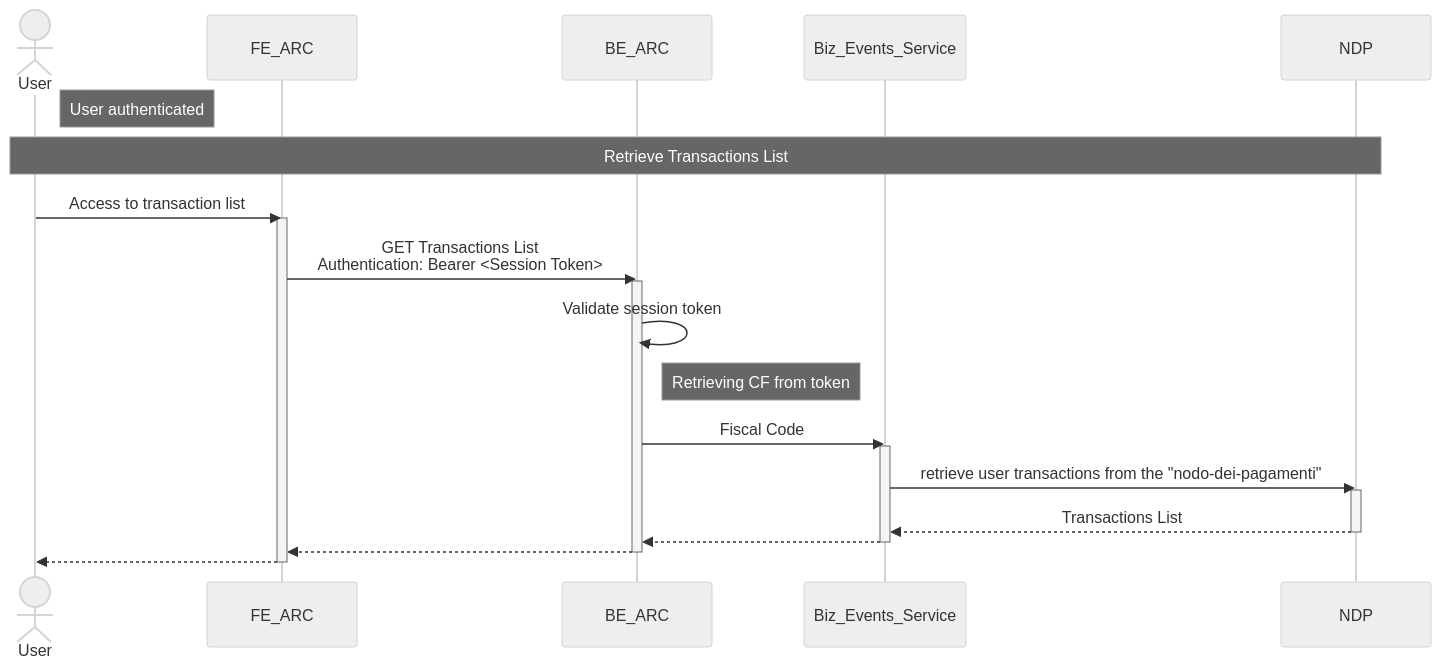
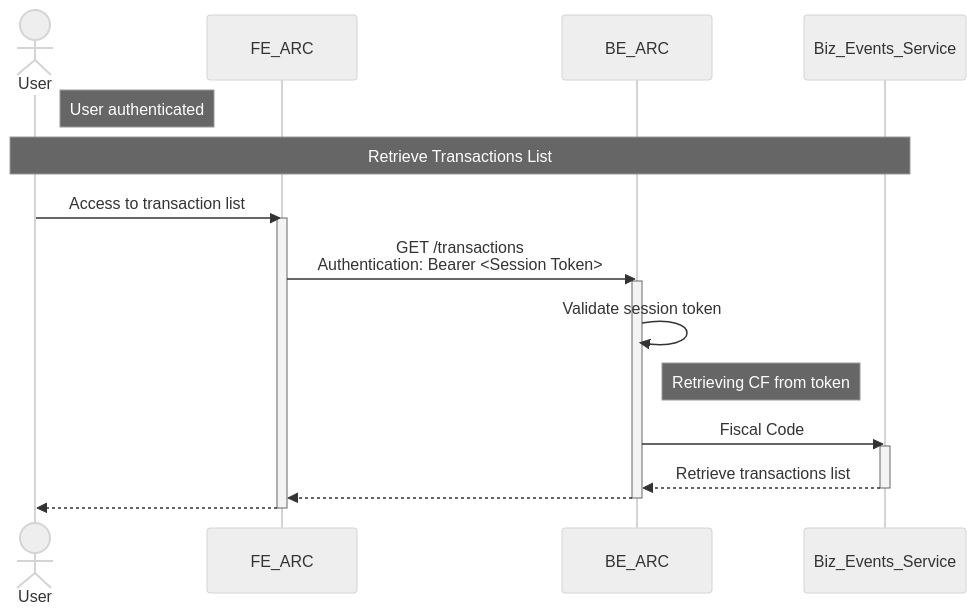
Before and after one commit to pagopa/p4pa-doc: the diagram in design/arc/sequence_diagram_transactionsList.mmd, drawn with Mermaid (neutral theme). The commit also changed 2 other files, not shown here.

Commit message:
P4PU-64 updated sequence diagrams

```diff
--- a/design/arc/sequence_diagram_transactionsList.mmd
+++ b/design/arc/sequence_diagram_transactionsList.mmd
@@ -1,27 +1,22 @@
 sequenceDiagram
 actor User
 participant FE_ARC
 participant BE_ARC
 participant Biz_Events_Service
-participant NDP
 
 note right of User: User authenticated
-note over User, NDP : Retrieve Transactions List
+note over User, Biz_Events_Service : Retrieve Transactions List
     User ->> FE_ARC : Access to transaction list
     activate FE_ARC
-        FE_ARC ->> BE_ARC : GET Transactions List <br> Authentication: Bearer <Session Token>
+        FE_ARC ->> BE_ARC : GET /transactions <br> Authentication: Bearer <Session Token>
         activate BE_ARC
             BE_ARC ->> BE_ARC : Validate session token
             note right of BE_ARC : Retrieving CF from token
             BE_ARC ->> Biz_Events_Service : Fiscal Code
             activate Biz_Events_Service
-                Biz_Events_Service ->> NDP: retrieve user transactions from the "nodo-dei-pagamenti"
-                activate NDP
-                    NDP -->> Biz_Events_Service : Transactions List
-                deactivate NDP
-                Biz_Events_Service -->> BE_ARC : #
+                Biz_Events_Service -->> BE_ARC : Retrieve transactions list
             deactivate Biz_Events_Service
             BE_ARC -->> FE_ARC : #
         deactivate BE_ARC
         FE_ARC -->> User: #
     deactivate FE_ARC
```
